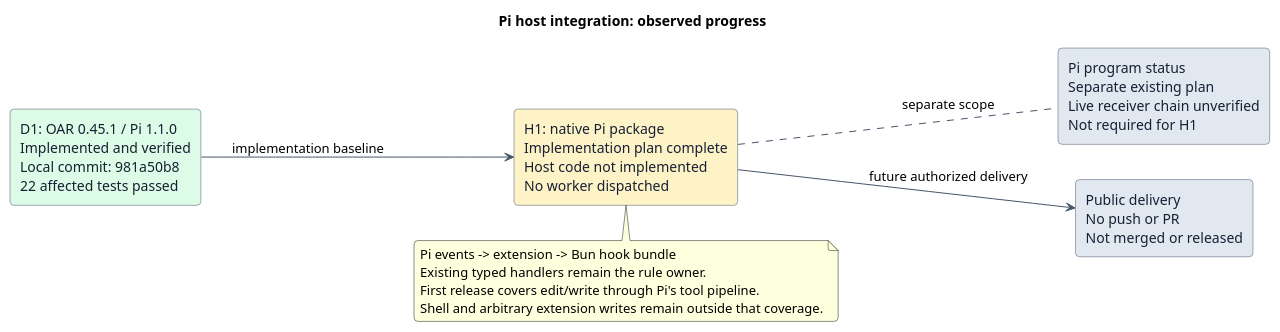
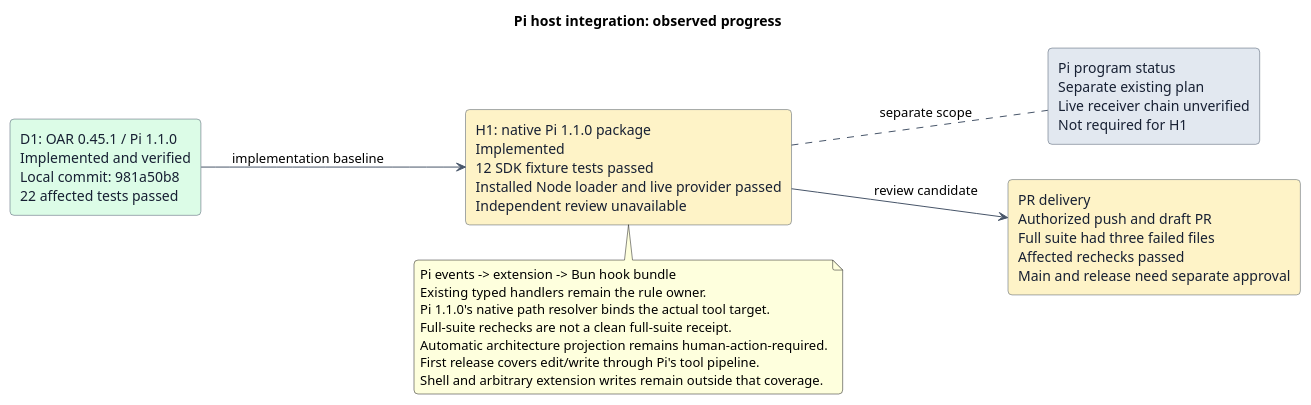
The diagram in plans/plan-20261009-pi-host-integration.puml (Ancienttwo/repo-harness), drawn with PlantUML before and after one commit. The commit also changed 7 other files, not shown here.

```diff
--- a/plans/plan-20261009-pi-host-integration.puml
+++ b/plans/plan-20261009-pi-host-integration.puml
@@ -1,31 +1,34 @@
 @startuml
 ' Snapshot: 2026-10-09 Asia/Singapore
 ' Source base: 98c30ab6228b94f5e46c8cc3290de281eb0e4a99
 ' Dependency commit: 981a50b871f9b5238a7bca72d031e0927d397769
 skinparam shadowing false
 skinparam roundCorner 8
 skinparam defaultFontName SansSerif
 skinparam ArrowColor #475569
 skinparam rectangleBorderColor #475569
 skinparam rectangleFontColor #172033
 skinparam backgroundColor #FFFFFF
 left to right direction
 
 title Pi host integration: observed progress
 
 rectangle "D1: OAR 0.45.1 / Pi 1.1.0\nImplemented and verified\nLocal commit: 981a50b8\n22 affected tests passed" as deps #DCFCE7
-rectangle "H1: native Pi package\nImplementation plan complete\nHost code not implemented\nNo worker dispatched" as host #FEF3C7
+rectangle "H1: native Pi 1.1.0 package\nImplemented\n12 SDK fixture tests passed\nInstalled Node loader and live provider passed\nIndependent review unavailable" as host #FEF3C7
 rectangle "Pi program status\nSeparate existing plan\nLive receiver chain unverified\nNot required for H1" as status #E2E8F0
-rectangle "Public delivery\nNo push or PR\nNot merged or released" as delivery #E2E8F0
+rectangle "PR delivery\nAuthorized push and draft PR\nFull suite had three failed files\nAffected rechecks passed\nMain and release need separate approval" as delivery #FEF3C7
 
 deps --> host : implementation baseline
-host --> delivery : future authorized delivery
+host --> delivery : review candidate
 host .. status : separate scope
 
 note bottom of host
   Pi events -> extension -> Bun hook bundle
   Existing typed handlers remain the rule owner.
+  Pi 1.1.0's native path resolver binds the actual tool target.
+  Full-suite rechecks are not a clean full-suite receipt.
+  Automatic architecture projection remains human-action-required.
   First release covers edit/write through Pi's tool pipeline.
   Shell and arbitrary extension writes remain outside that coverage.
 end note
 @enduml
```
